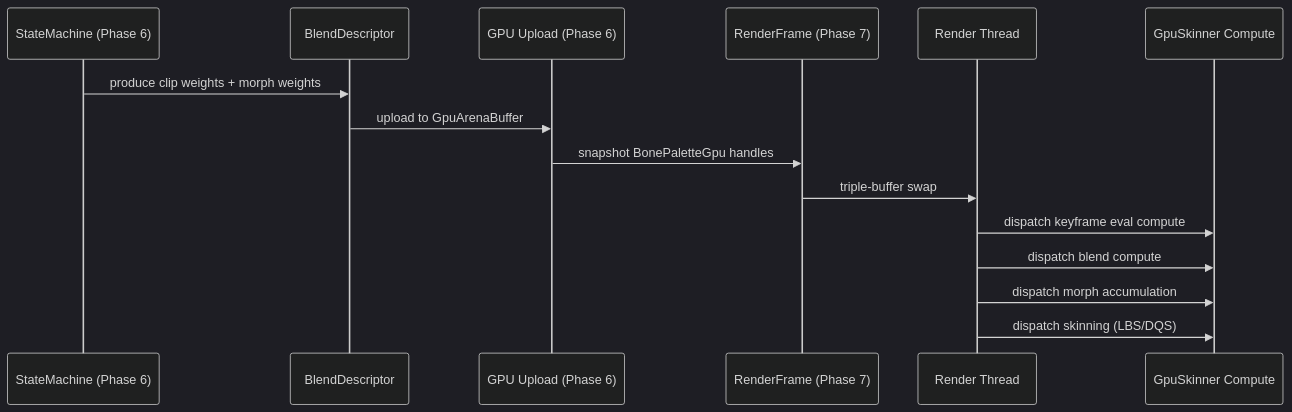
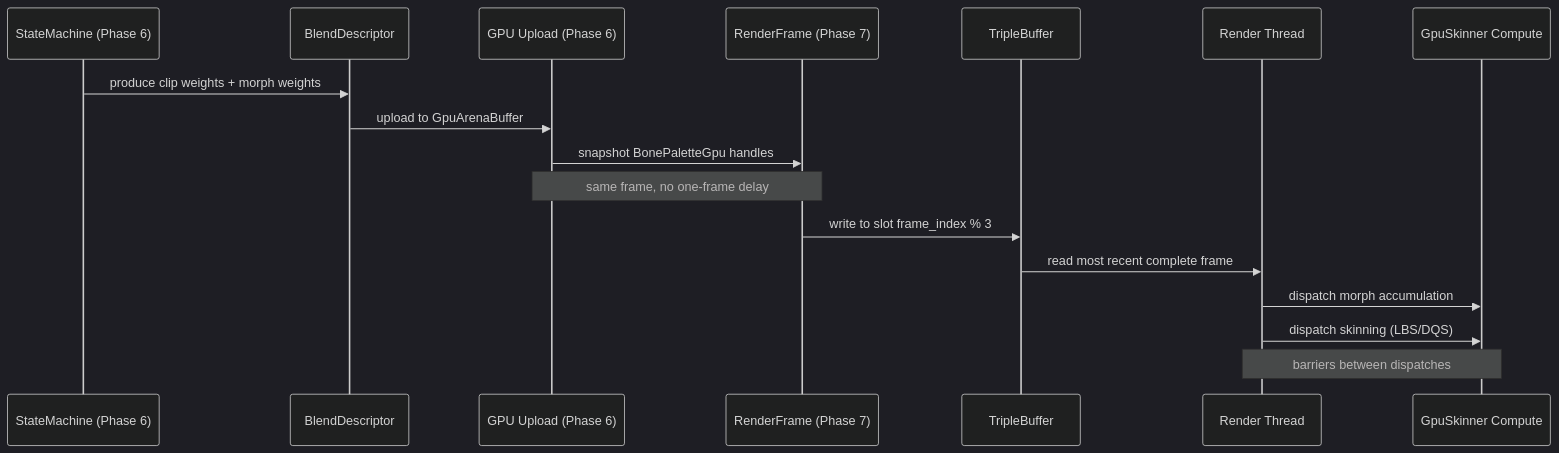
The second of 2 diagrams in docs/design/integration/animation-rendering.md (harmonius-dev/harmonius), drawn with Mermaid (dark theme) before and after one commit. The commit also changed other lines of this file and 57 other files, not shown here.

````diff
--- a/docs/design/integration/animation-rendering.md
+++ b/docs/design/integration/animation-rendering.md
@@ -70,18 +260,20 @@
 ```mermaid
 sequenceDiagram
     participant SM as StateMachine (Phase 6)
     participant BD as BlendDescriptor
     participant GPU as GPU Upload (Phase 6)
     participant Snap as RenderFrame (Phase 7)
+    participant TB as TripleBuffer
     participant RT as Render Thread
     participant Skin as GpuSkinner Compute
 
     SM->>BD: produce clip weights + morph weights
     BD->>GPU: upload to GpuArenaBuffer
     GPU->>Snap: snapshot BonePaletteGpu handles
-    Snap->>RT: triple-buffer swap
-    RT->>Skin: dispatch keyframe eval compute
-    RT->>Skin: dispatch blend compute
+    Note over GPU,Snap: same frame, no one-frame delay
+    Snap->>TB: write to slot frame_index % 3
+    TB->>RT: read most recent complete frame
     RT->>Skin: dispatch morph accumulation
     RT->>Skin: dispatch skinning (LBS/DQS)
+    Note over RT,Skin: barriers between dispatches
 ```
````
